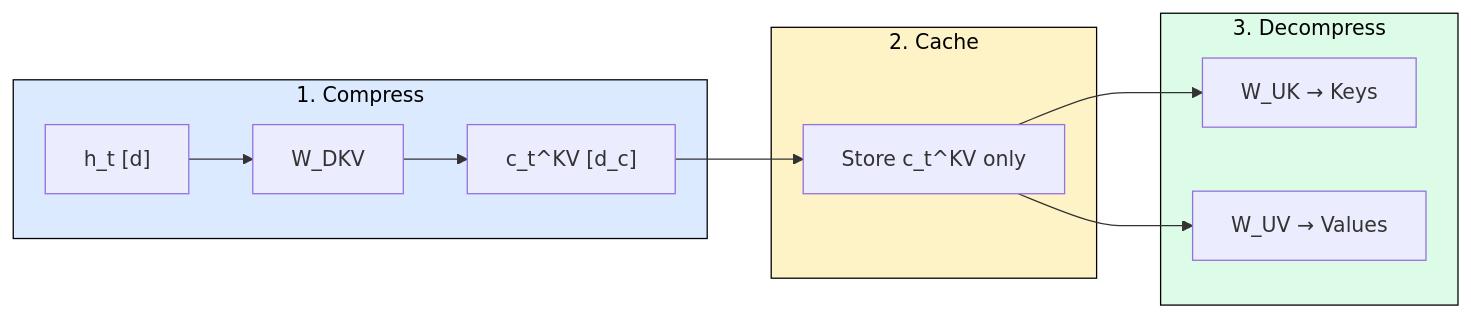
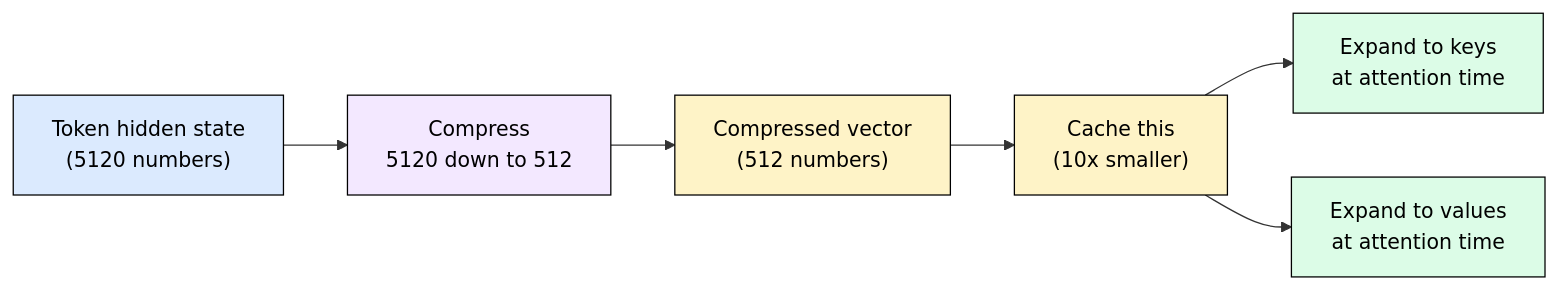
One commit to harshuljain13/llm-inference-at-scale changed the first of 3 diagrams in content/03_attention_variants/03.4_mla/multi_latent_attention.md. Above: the diagram before and after it, drawn with Mermaid. The commit also changed other lines of this file and 22 other files, not shown here.

````diff
--- a/content/03_attention_variants/03.4_mla/multi_latent_attention.md
+++ b/content/03_attention_variants/03.4_mla/multi_latent_attention.md
@@ -17,16 +23,14 @@
 ```mermaid
 flowchart LR
-    subgraph Compress["1. Compress"]
-        style Compress fill:#dbeafe,stroke:#000,color:#000
-        H["h_t [d]"] --> DKV["W_DKV"] --> C["c_t^KV [d_c]"]
-    end
-    subgraph Cache["2. Cache"]
-        style Cache fill:#fef3c7,stroke:#000,color:#000
-        C --> KV["Store c_t^KV only"]
-    end
-    subgraph Decompress["3. Decompress"]
-        style Decompress fill:#dcfce7,stroke:#000,color:#000
-        KV --> UK["W_UK → Keys"]
-        KV --> UV["W_UV → Values"]
-    end
+    H["Token hidden state<br>(5120 numbers)"] --> COMPRESS["Compress<br>5120 down to 512"] --> SMALL["Compressed vector<br>(512 numbers)"]
+    SMALL --> CACHE[" Cache this<br>(10x smaller)"]
+    CACHE --> EXPAND_K["Expand to keys<br>at attention time"]
+    CACHE --> EXPAND_V["Expand to values<br>at attention time"]
+
+    style H fill:#dbeafe,stroke:#000,color:#000
+    style COMPRESS fill:#f3e8ff,stroke:#000,color:#000
+    style SMALL fill:#fef3c7,stroke:#000,color:#000
+    style CACHE fill:#fef3c7,stroke:#000,color:#000
+    style EXPAND_K fill:#dcfce7,stroke:#000,color:#000
+    style EXPAND_V fill:#dcfce7,stroke:#000,color:#000
 ```
````
